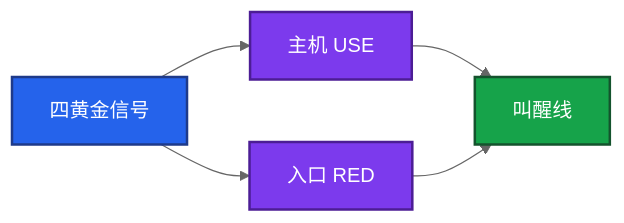
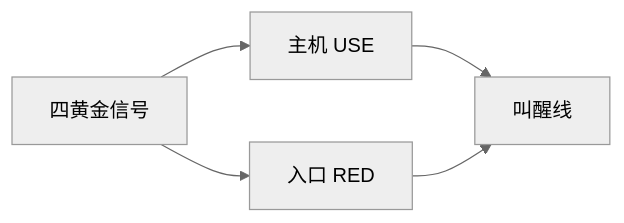
Before and after one commit to ml-cuizijun/LearnToLilith: the third of 5 diagrams in 02-基础底座/21-监控与告警/知识点.md, drawn with Mermaid (neutral theme). The commit also changed other lines of this file and 107 other files, not shown here.

````diff
--- a/02-基础底座/21-监控与告警/知识点.md
+++ b/02-基础底座/21-监控与告警/知识点.md
@@ -182,14 +184,7 @@
 ```mermaid
 flowchart LR
     G[四黄金信号] --> U[主机 USE]
     G --> R[入口 RED]
     U --> W[叫醒线]
     R --> W
-
-    classDef a fill:#2563EB,stroke:#1E3A8A,stroke-width:2px,color:#fff
-    classDef b fill:#7C3AED,stroke:#4C1D95,stroke-width:2px,color:#fff
-    classDef c fill:#16A34A,stroke:#14532D,stroke-width:2px,color:#fff
-    class G a
-    class U,R b
-    class W c
 ```
````
